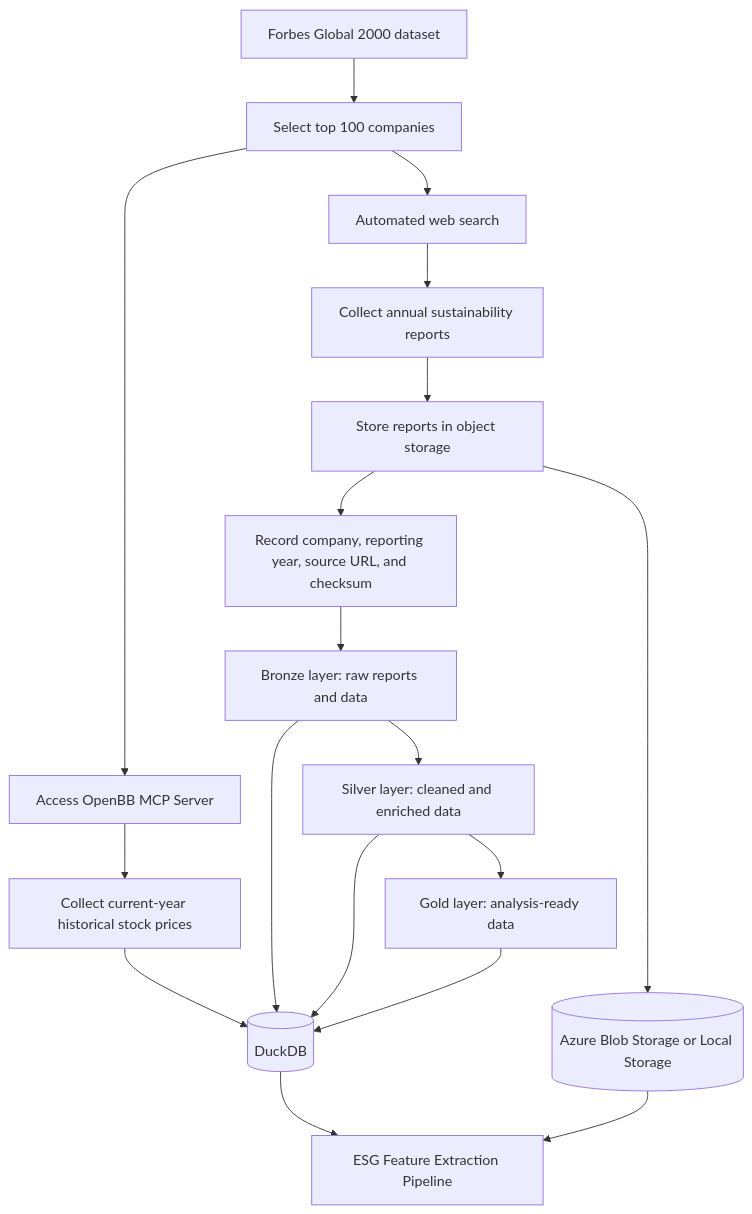
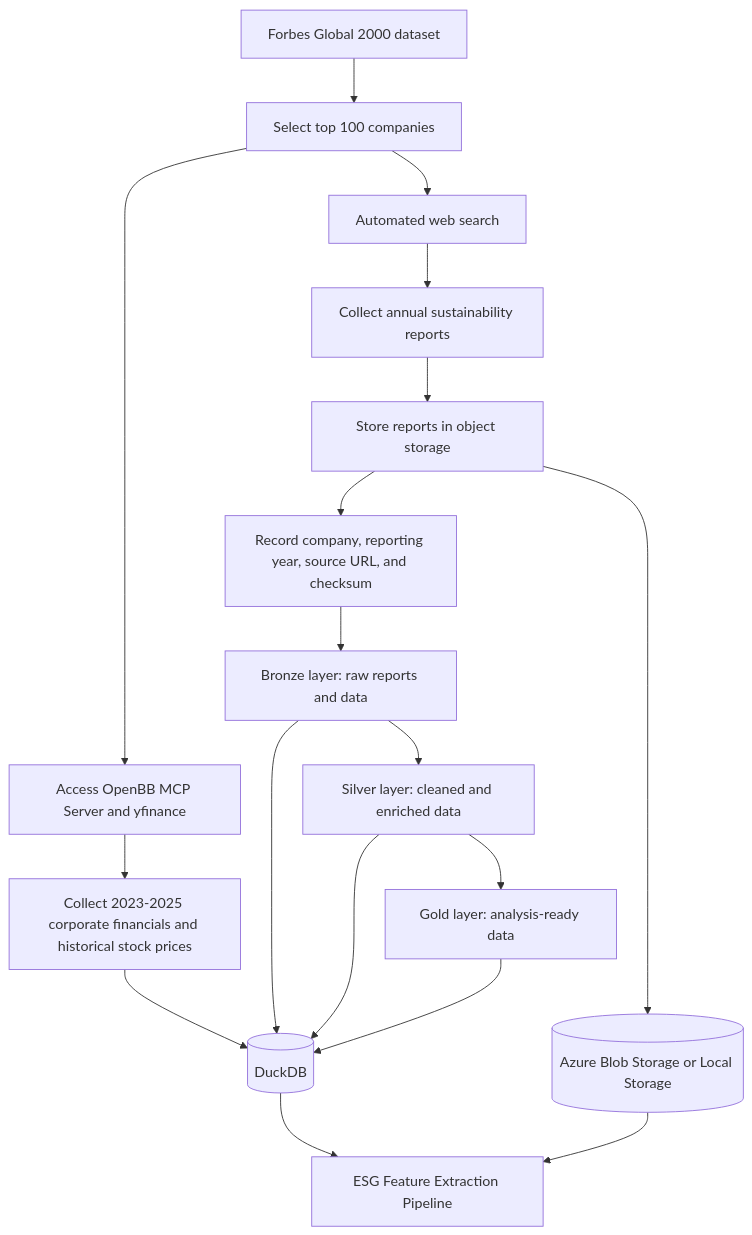
Before and after one commit to prakgov/esg-profile: the second of 4 diagrams in docs/ARCHITECTURE.md, drawn with Mermaid. The commit also changed other lines of this file, not shown here.

First line of the commit message:
docs: Add financials and yfinance to architecture diagrams

````diff
--- a/docs/ARCHITECTURE.md
+++ b/docs/ARCHITECTURE.md
@@ -42,27 +42,27 @@
 ```mermaid
 flowchart TD
     L[("DuckDB")]
     A["Forbes Global 2000 dataset"] --> B["Select top 100 companies"]
     B --> C["Automated web search"]
     C --> D["Collect annual sustainability reports"]
     D --> E["Store reports in object storage"]
     E --> F["Record company, reporting year, source URL, and checksum"]
 
-    B --> G["Access OpenBB MCP Server"]
-    G --> H["Collect current-year historical stock prices"]
+    B --> G["Access OpenBB MCP Server and yfinance"]
+    G --> H["Collect 2023-2025 corporate financials and historical stock prices"]
     H --> L
 
     F --> I["Bronze layer: raw reports and data"]
     I --> L
 
     I --> J["Silver layer: cleaned and enriched data"]
     J --> L
 
     J --> K
     K["Gold layer: analysis-ready data"] --> L
 
 
     E --> M[("Azure Blob Storage or Local Storage")]
     L --> N["ESG Feature Extraction Pipeline"]
     M --> N
 ```
````
